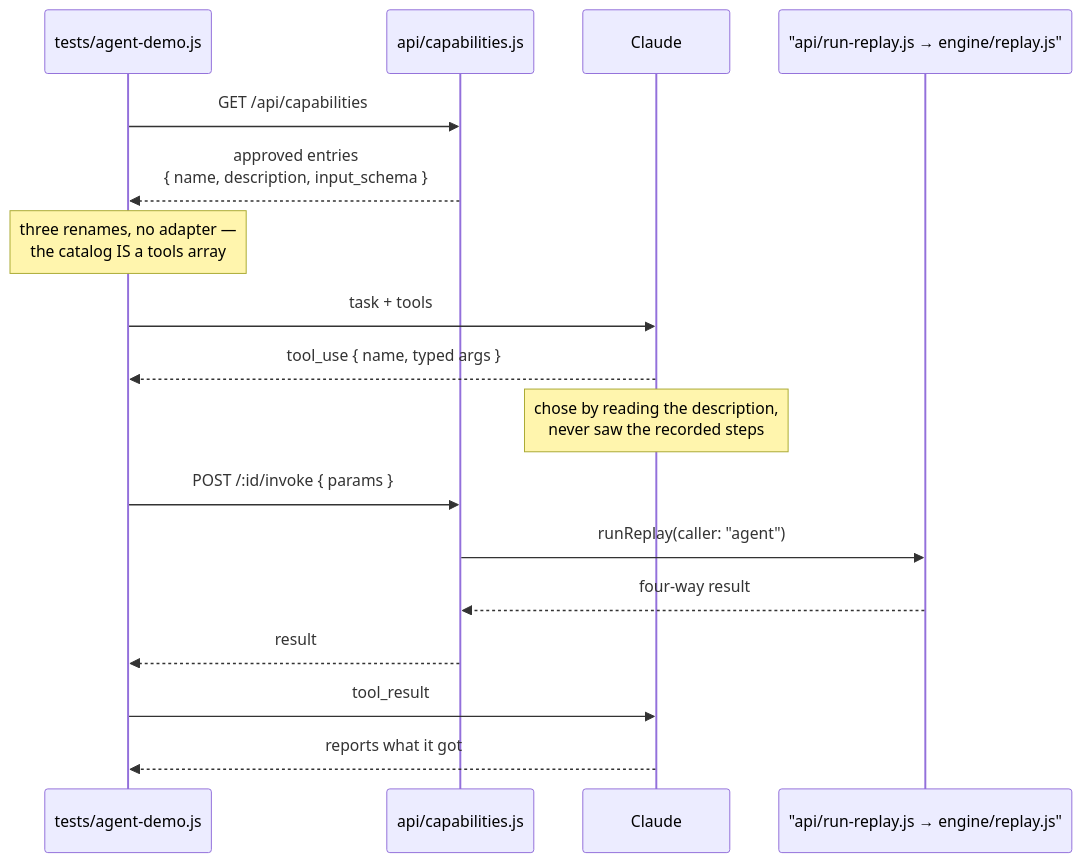
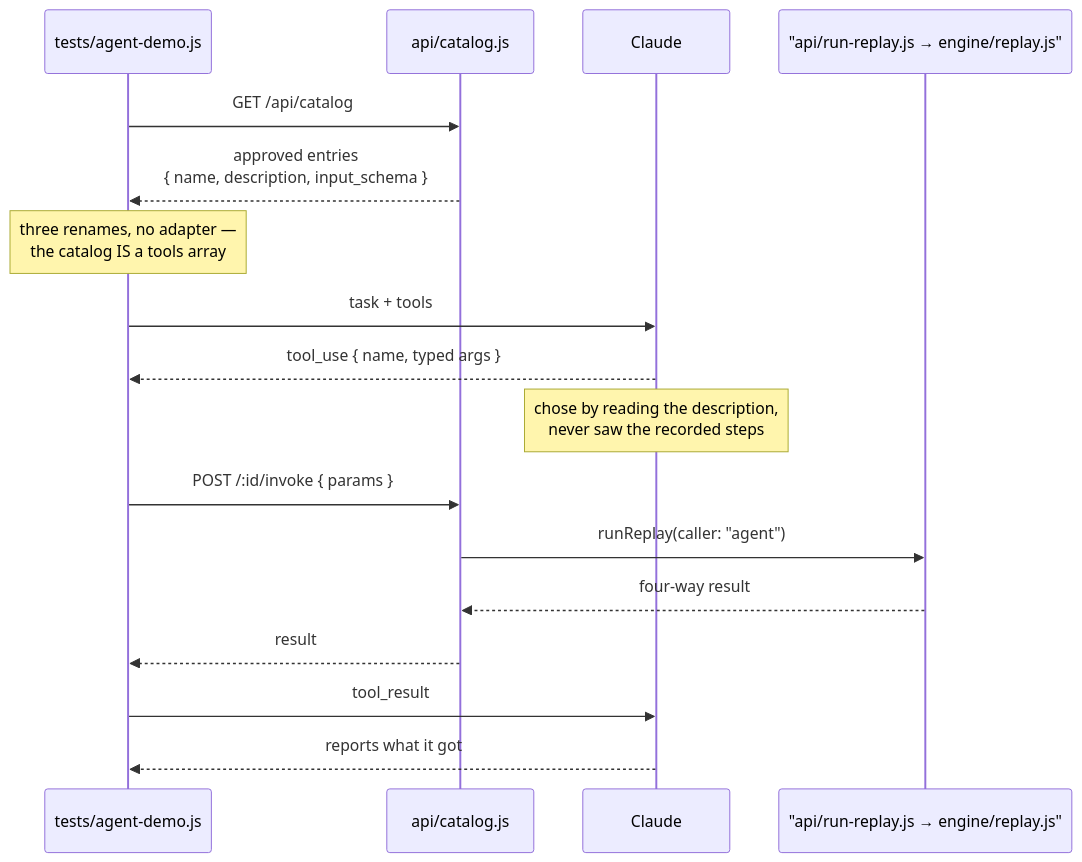
The sixth of 7 diagrams in docs/DESIGN.md (Nainicorn/interface-ai-cas-sk), drawn with Mermaid before and after one commit. The commit also changed other lines of this file and 6 other files, not shown here.

````diff
--- a/docs/DESIGN.md
+++ b/docs/DESIGN.md
@@ -253,20 +253,20 @@
 ```mermaid
 sequenceDiagram
     participant D as tests/agent-demo.js
-    participant C as api/capabilities.js
+    participant C as api/catalog.js
     participant M as Claude
     participant R as "api/run-replay.js → engine/replay.js"
 
-    D->>C: GET /api/capabilities
+    D->>C: GET /api/catalog
     C-->>D: approved entries<br/>{ name, description, input_schema }
     Note over D: three renames, no adapter —<br/>the catalog IS a tools array
     D->>M: task + tools
     M-->>D: tool_use { name, typed args }
     Note over M: chose by reading the description,<br/>never saw the recorded steps
     D->>C: POST /:id/invoke { params }
     C->>R: runReplay(caller: "agent")
     R-->>C: four-way result
     C-->>D: result
     D->>M: tool_result
     M-->>D: reports what it got
 ```
````
